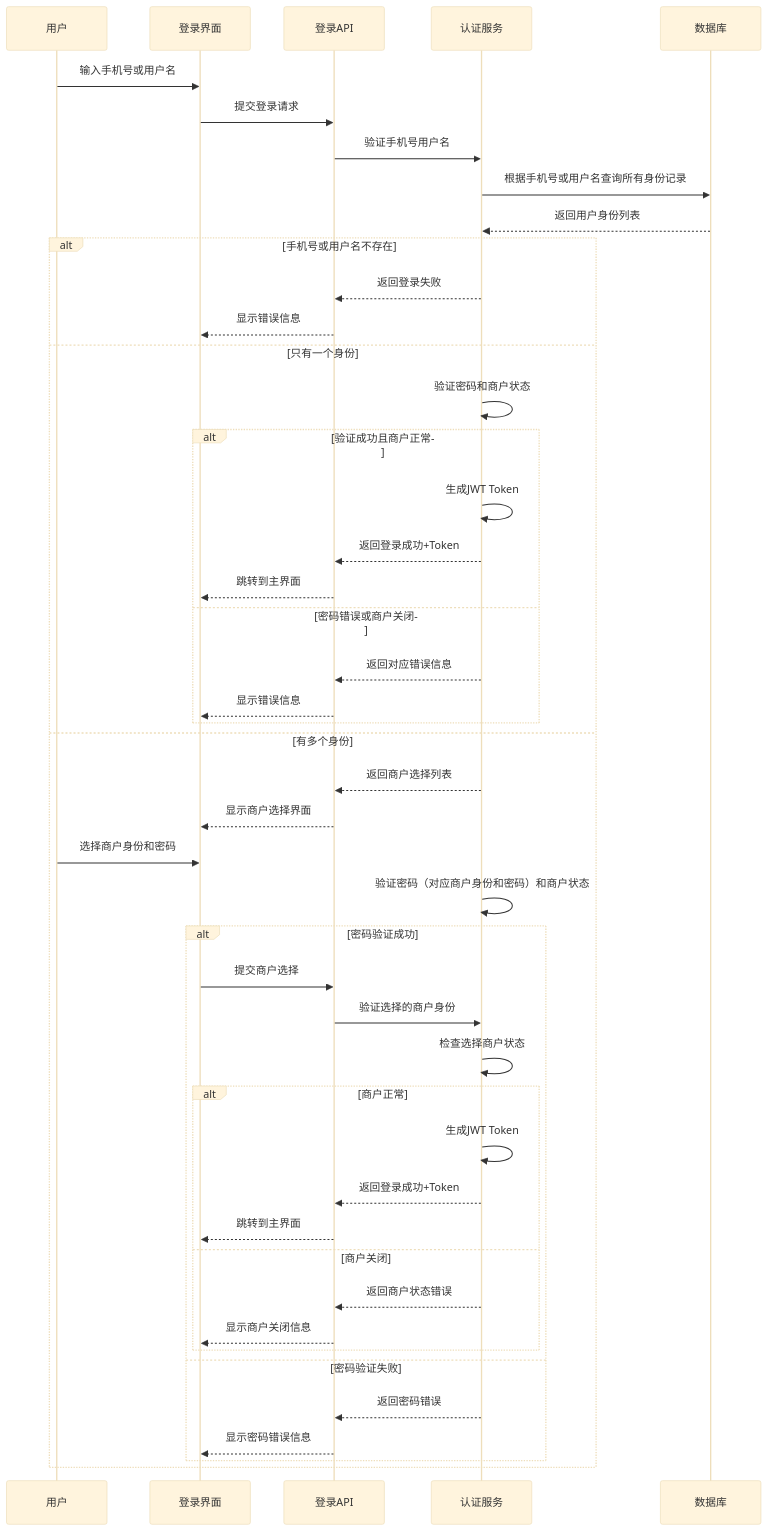
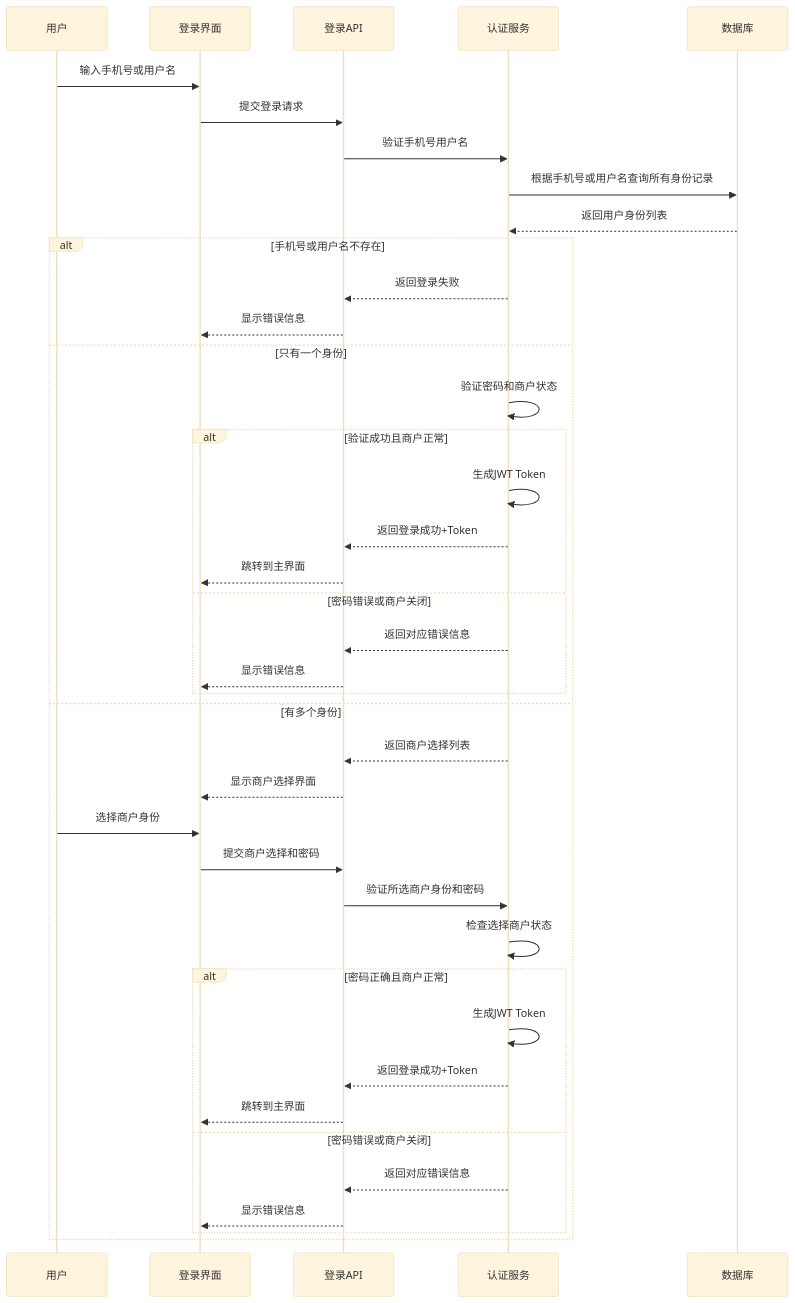
The fifth of 17 diagrams in .qoder/quests/merchant-management-feature.md (lele0124/qqgva), drawn with Mermaid (base theme) before and after one commit. The commit also changed other lines of this file, not shown here.

````diff
--- a/.qoder/quests/merchant-management-feature.md
+++ b/.qoder/quests/merchant-management-feature.md
@@ -506,51 +828,44 @@
 ```mermaid
 sequenceDiagram
     participant U as 用户
     participant LOGIN as 登录界面
     participant API as 登录API
     participant AUTH as 认证服务
     participant DB as 数据库
     
     U->>LOGIN: 输入手机号或用户名
     LOGIN->>API: 提交登录请求
     API->>AUTH: 验证手机号用户名
     AUTH->>DB: 根据手机号或用户名查询所有身份记录
     DB-->>AUTH: 返回用户身份列表
     
     alt 手机号或用户名不存在
         AUTH-->>API: 返回登录失败
         API-->>LOGIN: 显示错误信息
     else 只有一个身份
         AUTH->>AUTH: 验证密码和商户状态
         alt 验证成功且商户正常
             AUTH->>AUTH: 生成JWT Token
             AUTH-->>API: 返回登录成功+Token
             API-->>LOGIN: 跳转到主界面
         else 密码错误或商户关闭
             AUTH-->>API: 返回对应错误信息
             API-->>LOGIN: 显示错误信息
         end
     else 有多个身份
-
-            AUTH-->>API: 返回商户选择列表
-            API-->>LOGIN: 显示商户选择界面
-            U->>LOGIN: 选择商户身份和密码
-        AUTH->>AUTH: 验证密码（对应商户身份和密码）和商户状态
-        alt 密码验证成功
-            LOGIN->>API: 提交商户选择
-            API->>AUTH: 验证选择的商户身份
-            AUTH->>AUTH: 检查选择商户状态
-            alt 商户正常
-                AUTH->>AUTH: 生成JWT Token
-                AUTH-->>API: 返回登录成功+Token
-                API-->>LOGIN: 跳转到主界面
-            else 商户关闭
-                AUTH-->>API: 返回商户状态错误
-                API-->>LOGIN: 显示商户关闭信息
-            end
-        else 密码验证失败
-            AUTH-->>API: 返回密码错误
-            API-->>LOGIN: 显示密码错误信息
+        AUTH-->>API: 返回商户选择列表
+        API-->>LOGIN: 显示商户选择界面
+        U->>LOGIN: 选择商户身份
+        LOGIN->>API: 提交商户选择和密码
+        API->>AUTH: 验证所选商户身份和密码
+        AUTH->>AUTH: 检查选择商户状态
+        alt 密码正确且商户正常
+            AUTH->>AUTH: 生成JWT Token
+            AUTH-->>API: 返回登录成功+Token
+            API-->>LOGIN: 跳转到主界面
+        else 密码错误或商户关闭
+            AUTH-->>API: 返回对应错误信息
+            API-->>LOGIN: 显示错误信息
         end
     end
 ```
````
